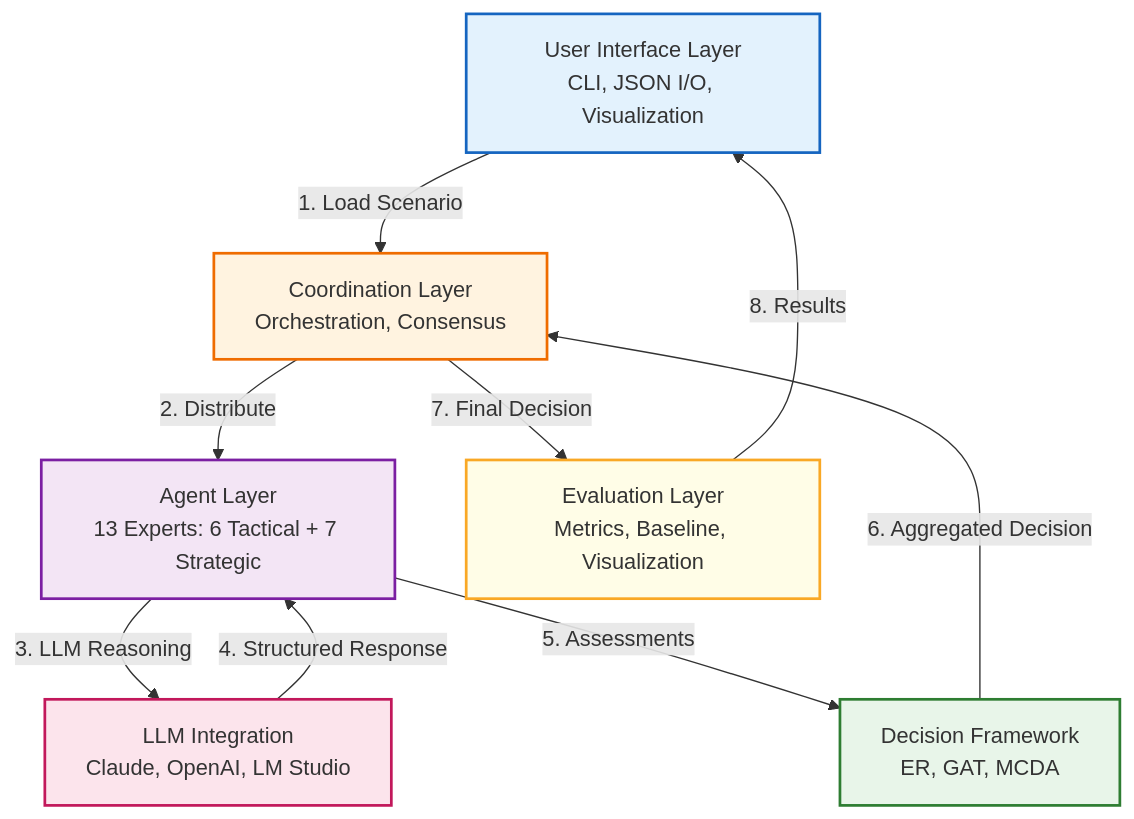
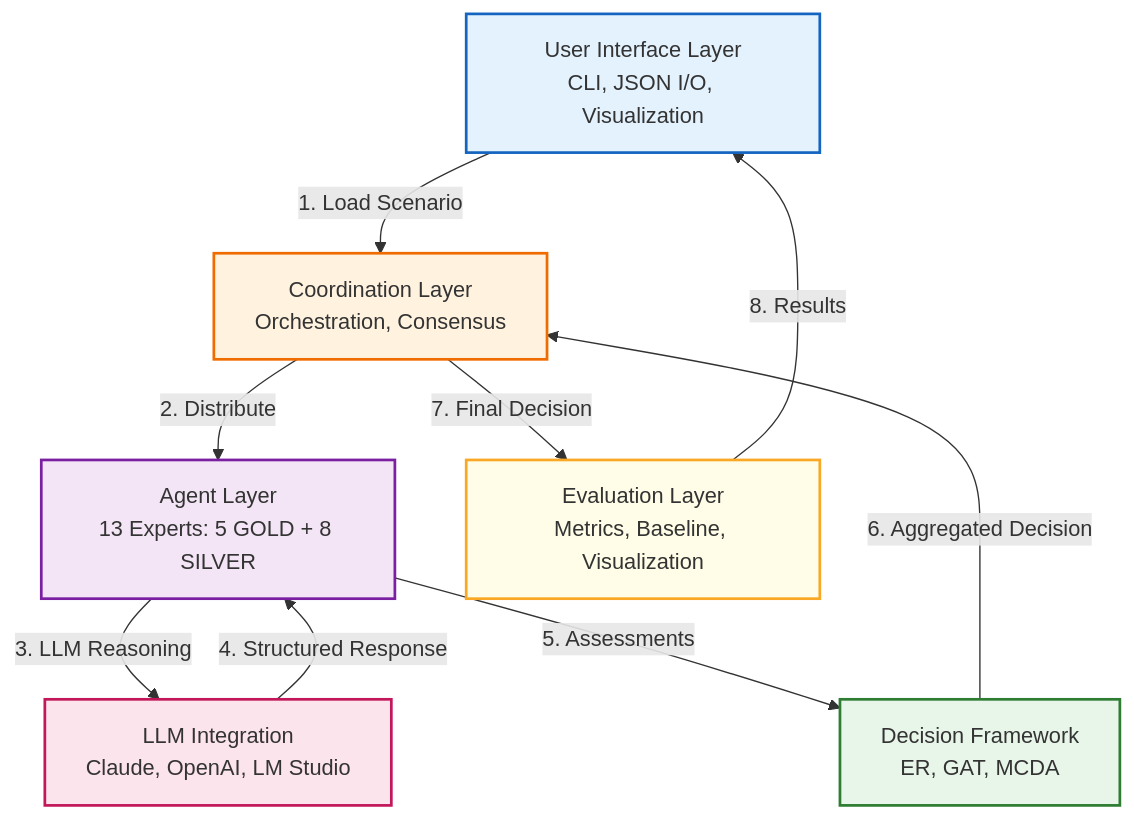
One commit to kerbgr/crisis_mas_poc changed the first of 3 diagrams in academic_journal_draft.md. Above: the diagram before and after it, drawn with Mermaid. The commit also changed other lines of this file and 6 other files, not shown here.

Commit message:
updates on agents and architecture diagrams

````diff
--- a/academic_journal_draft.md
+++ b/academic_journal_draft.md
@@ -62,25 +62,25 @@
 ```mermaid
 graph TB
     UI[User Interface Layer<br/>CLI, JSON I/O, Visualization]
     COORD[Coordination Layer<br/>Orchestration, Consensus]
-    AGENTS[Agent Layer<br/>13 Experts: 6 Tactical + 7 Strategic]
+    AGENTS[Agent Layer<br/>13 Experts: 5 GOLD + 8 SILVER]
     DF[Decision Framework<br/>ER, GAT, MCDA]
     LLM[LLM Integration<br/>Claude, OpenAI, LM Studio]
     EVAL[Evaluation Layer<br/>Metrics, Baseline, Visualization]
 
     UI -->|1. Load Scenario| COORD
     COORD -->|2. Distribute| AGENTS
     AGENTS -->|3. LLM Reasoning| LLM
     LLM -->|4. Structured Response| AGENTS
     AGENTS -->|5. Assessments| DF
     DF -->|6. Aggregated Decision| COORD
     COORD -->|7. Final Decision| EVAL
     EVAL -->|8. Results| UI
 
     style UI fill:#e3f2fd,stroke:#1565c0,stroke-width:2px
     style COORD fill:#fff3e0,stroke:#ef6c00,stroke-width:2px
     style AGENTS fill:#f3e5f5,stroke:#7b1fa2,stroke-width:2px
     style DF fill:#e8f5e9,stroke:#2e7d32,stroke-width:2px
     style LLM fill:#fce4ec,stroke:#c2185b,stroke-width:2px
     style EVAL fill:#fffde7,stroke:#f9a825,stroke-width:2px
 ```
````
